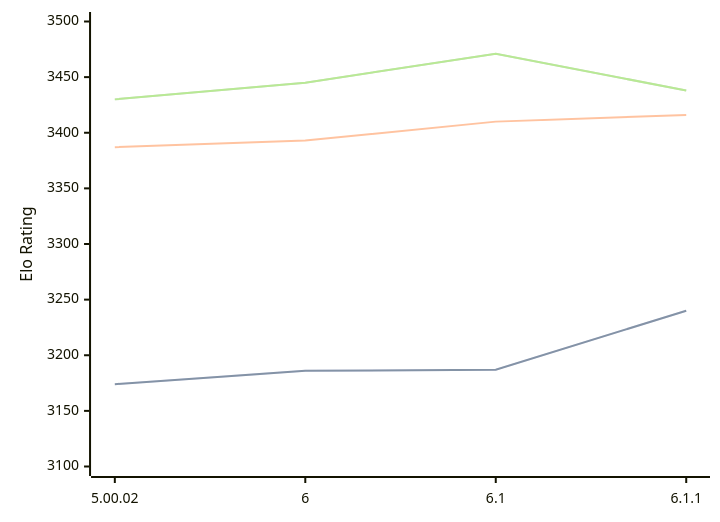
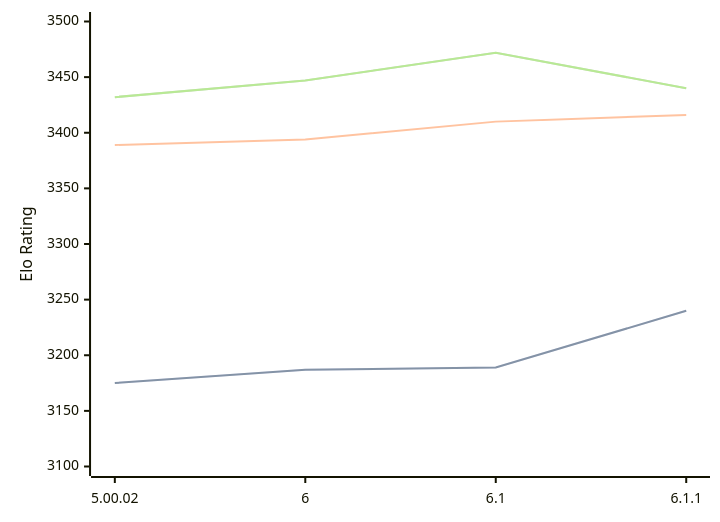
Before and after one commit to computer-chess-index/cci: the diagram in engines/Zangdar.md, drawn with Mermaid. The commit also changed other lines of this file, not shown here.

Commit message:
Update CCI Ratings (ELO VLTC) - 2026-05-01

````diff
--- a/engines/Zangdar.md
+++ b/engines/Zangdar.md
@@ -46,11 +46,11 @@
 ```mermaid
 %%{init: {"theme":"base","themeVariables":{"seriesColors:['#a3a3a3','#222221','#faa371']}}}%%
 xychart-beta
   x-axis ["5.00.02", "6", "6.1", "6.1.1"]
   y-axis "Elo Rating" 3100 --> 3500
-  line "STC (8.0+0.08s)" [3174, 3186, 3187, 3240]
-  line "STC (8.0+0.08s)" [3174, 3186, 3187, 3240]
-  line "LTC (60.0+0.60s)" [3387, 3393, 3410, 3416]
-  line "VLTC (2m24s+1.12s)" [3430, 3445, 3471, 3438]
-  line "VLTC (2m24s+1.12s)" [3430, 3445, 3471, 3438]
+  line "STC (8.0+0.08s)" [3175, 3187, 3189, 3240]
+  line "STC (8.0+0.08s)" [3175, 3187, 3189, 3240]
+  line "LTC (60.0+0.60s)" [3389, 3394, 3410, 3416]
+  line "VLTC (2m24s+1.12s)" [3432, 3447, 3472, 3440]
+  line "VLTC (2m24s+1.12s)" [3432, 3447, 3472, 3440]
 ```
````
